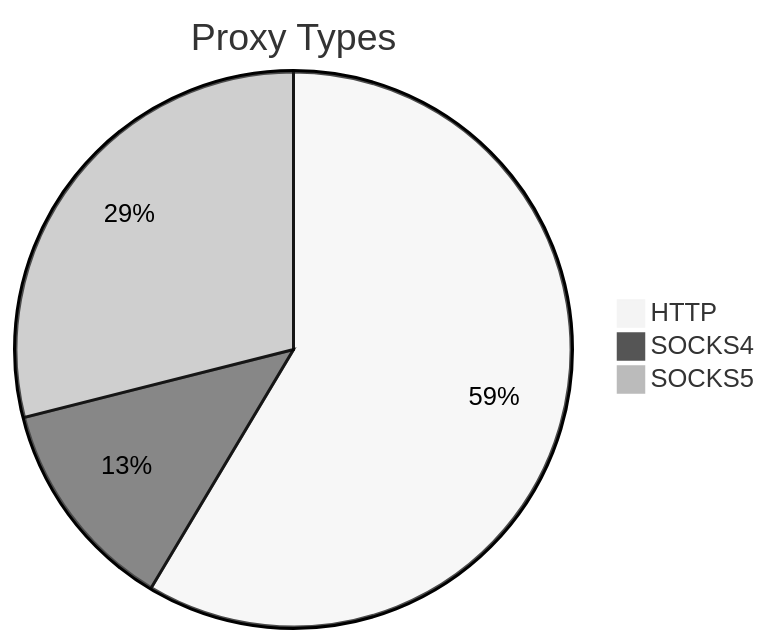
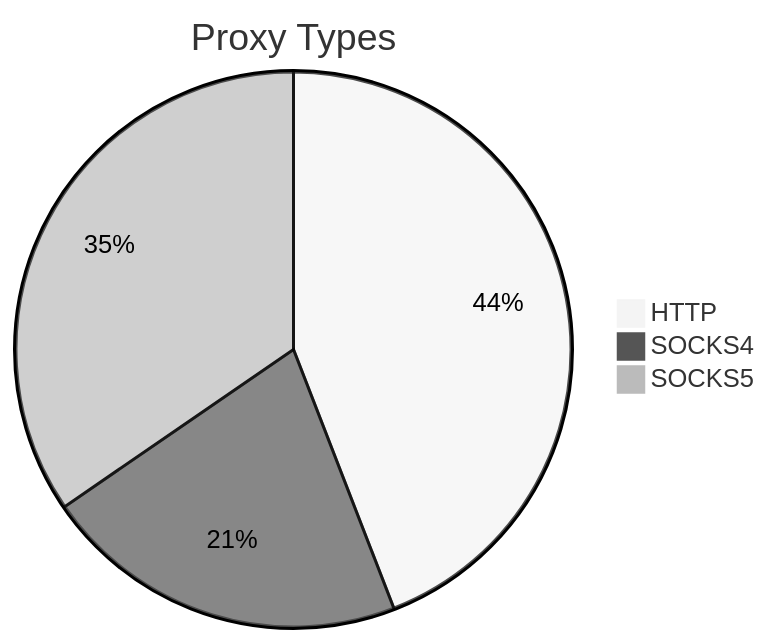
Before and after one commit to stormsia/proxy-list: the first of 2 diagrams in README.md, drawn with Mermaid (neutral theme). The commit also changed other lines of this file, not shown here.

````diff
--- a/README.md
+++ b/README.md
@@ -21,6 +21,6 @@
 ```mermaid
 pie title Proxy Types
-    "HTTP" : 253
-    "SOCKS4" : 54
-    "SOCKS5" : 125
+    "HTTP" : 236
+    "SOCKS4" : 114
+    "SOCKS5" : 185
 ```
````
